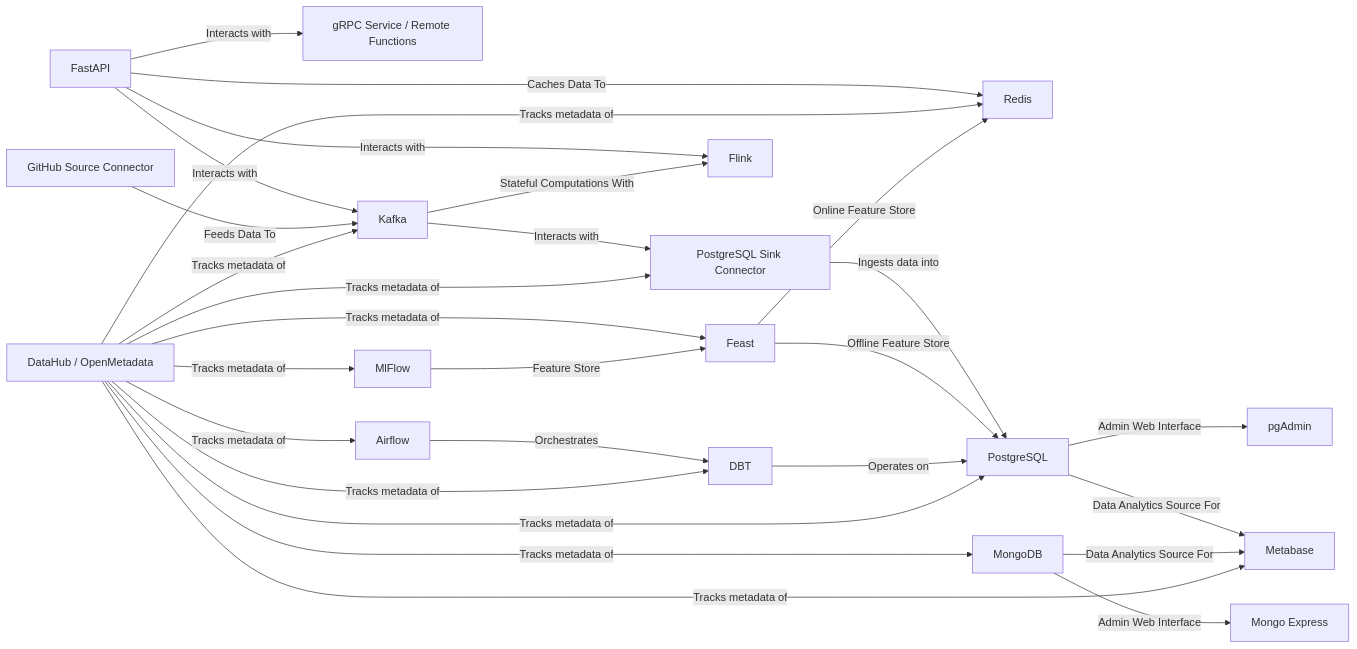
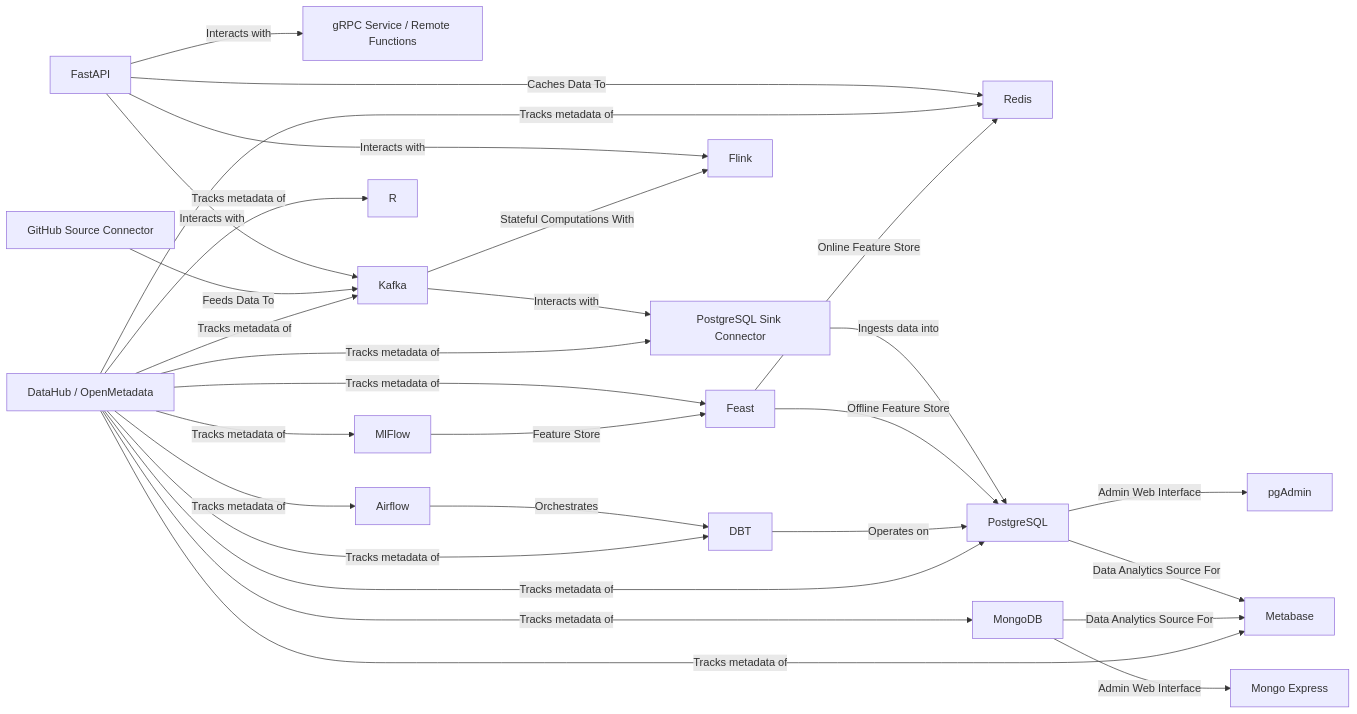
The diagram in README.md (Foehammer82/tech-terrarium), drawn with Mermaid before and after one commit. The commit also changed other lines of this file and 2 other files, not shown here.

````diff
--- a/README.md
+++ b/README.md
@@ -10,30 +10,31 @@
 ```mermaid
 graph LR
     A[FastAPI] -->|Caches Data To| B[Redis]
     A -->|Interacts with| C[gRPC Service / Remote Functions]
     A -->|Interacts with| D[Kafka]
     F[GitHub Source Connector] -->|Feeds Data To| D
     D -->|Interacts with| E[PostgreSQL Sink Connector]
     E -->|Ingests data into| L[PostgreSQL]
     U -->|Offline Feature Store| L
     L -->|Admin Web Interface| M[pgAdmin]
     A -->|Interacts with| G
     D -->|Stateful Computations With| G[Flink]
     L -->|Data Analytics Source For| K[Metabase]
     I[MongoDB] -->|Admin Web Interface| J[Mongo Express]
     I -->|Data Analytics Source For| K
     O[Airflow] -->|Orchestrates| P[DBT]
     P -->|Operates on| L
     Q[DataHub / OpenMetadata] -->|Tracks metadata of| B
     Q -->|Tracks metadata of| I
     Q -->|Tracks metadata of| L
     Q -->|Tracks metadata of| K
     Q -->|Tracks metadata of| O
     Q -->|Tracks metadata of| T[MlFlow]
     Q -->|Tracks metadata of| E
     Q -->|Tracks metadata of| D
     Q -->|Tracks metadata of| P
     Q -->|Tracks metadata of| U
+    Q -->|Tracks metadata of| R
     T -->|Feature Store| U[Feast]
     U -->|Online Feature Store| B
 ```
````
